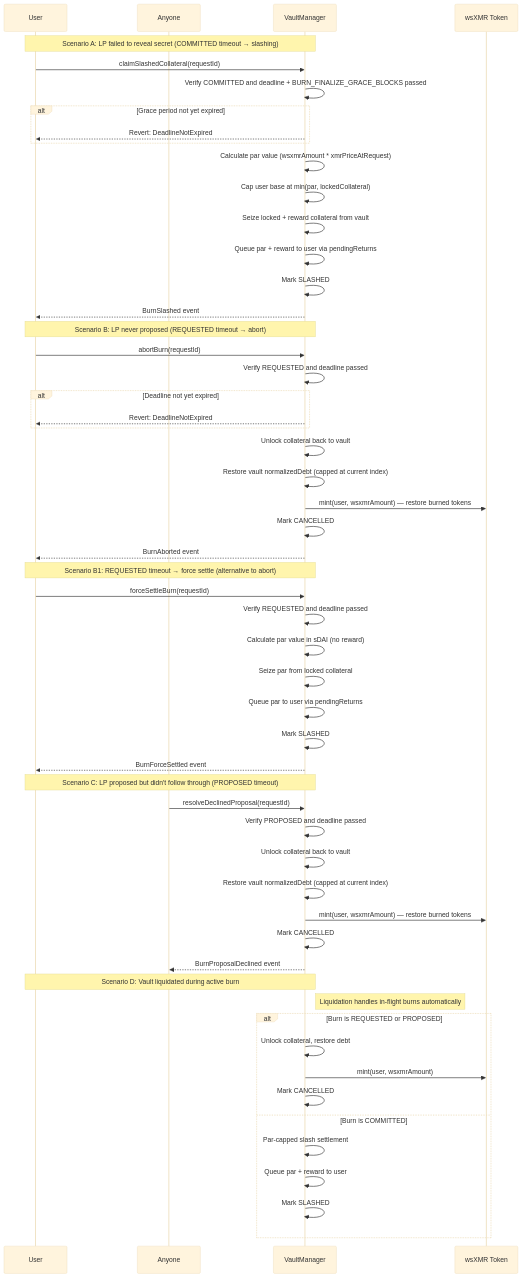
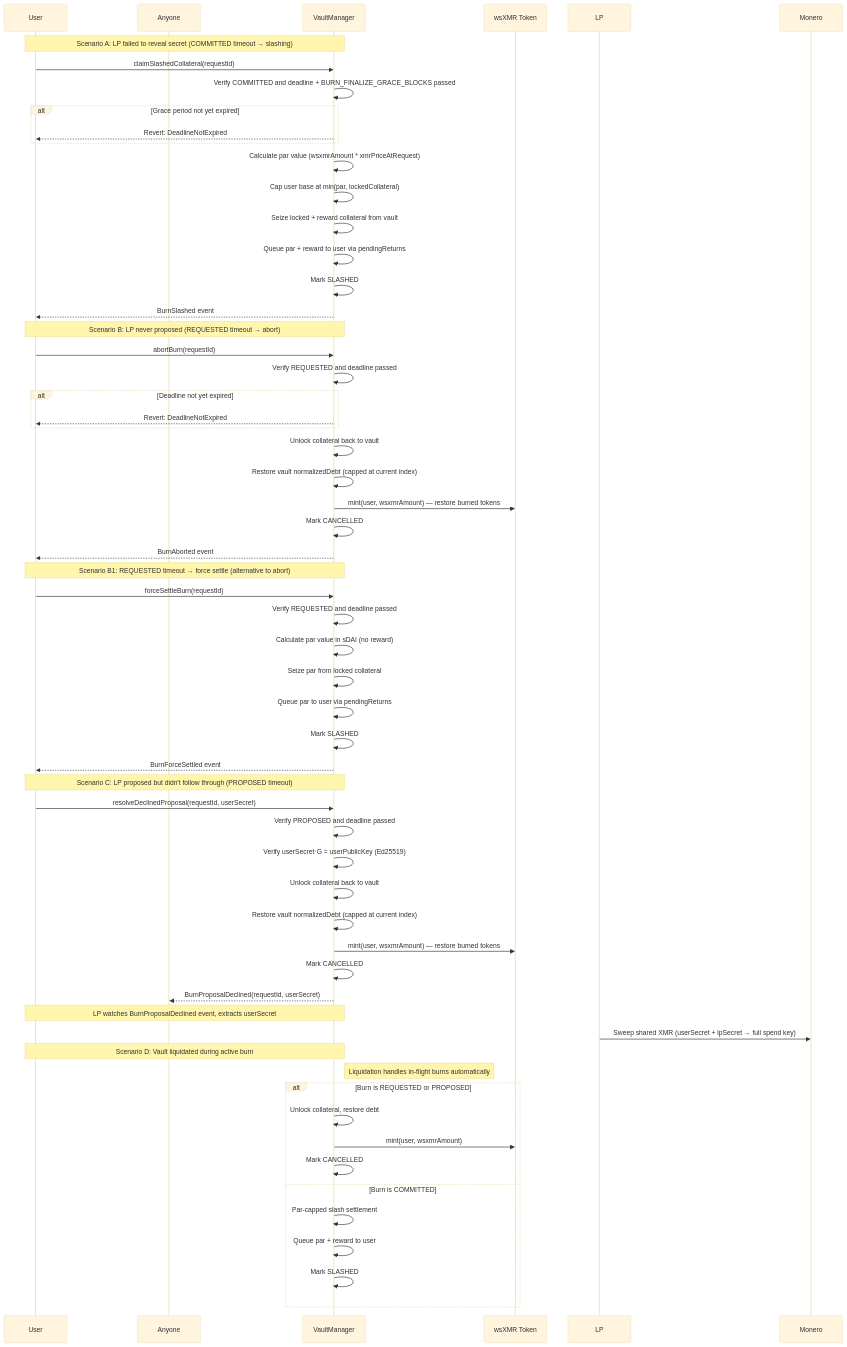
Diagram 12 of 27 in docs/sequenceDiagrams.md (madschristensen99/wrapsynth), drawn with Mermaid (base theme) before and after one commit. The commit also changed other lines of this file and 66 other files, not shown here.

````diff
--- a/docs/sequenceDiagrams.md
+++ b/docs/sequenceDiagrams.md
@@ -610,62 +622,65 @@
 ```mermaid
 sequenceDiagram
     participant User
     participant Anyone
     participant VM as VaultManager
     participant Token as wsXMR Token
 
     Note over User,VM: Scenario A: LP failed to reveal secret (COMMITTED timeout → slashing)
     User->>VM: claimSlashedCollateral(requestId)
     VM->>VM: Verify COMMITTED and deadline + BURN_FINALIZE_GRACE_BLOCKS passed
     alt Grace period not yet expired
         VM-->>User: Revert: DeadlineNotExpired
     end
     VM->>VM: Calculate par value (wsxmrAmount * xmrPriceAtRequest)
     VM->>VM: Cap user base at min(par, lockedCollateral)
     VM->>VM: Seize locked + reward collateral from vault
     VM->>VM: Queue par + reward to user via pendingReturns
     VM->>VM: Mark SLASHED
     VM-->>User: BurnSlashed event
 
     Note over User,VM: Scenario B: LP never proposed (REQUESTED timeout → abort)
     User->>VM: abortBurn(requestId)
     VM->>VM: Verify REQUESTED and deadline passed
     alt Deadline not yet expired
         VM-->>User: Revert: DeadlineNotExpired
     end
     VM->>VM: Unlock collateral back to vault
     VM->>VM: Restore vault normalizedDebt (capped at current index)
     VM->>Token: mint(user, wsxmrAmount) — restore burned tokens
     VM->>VM: Mark CANCELLED
     VM-->>User: BurnAborted event
 
     Note over User,VM: Scenario B1: REQUESTED timeout → force settle (alternative to abort)
     User->>VM: forceSettleBurn(requestId)
     VM->>VM: Verify REQUESTED and deadline passed
     VM->>VM: Calculate par value in sDAI (no reward)
     VM->>VM: Seize par from locked collateral
     VM->>VM: Queue par to user via pendingReturns
     VM->>VM: Mark SLASHED
     VM-->>User: BurnForceSettled event
 
     Note over User,VM: Scenario C: LP proposed but didn't follow through (PROPOSED timeout)
-    Anyone->>VM: resolveDeclinedProposal(requestId)
+    User->>VM: resolveDeclinedProposal(requestId, userSecret)
     VM->>VM: Verify PROPOSED and deadline passed
+    VM->>VM: Verify userSecret·G = userPublicKey (Ed25519)
     VM->>VM: Unlock collateral back to vault
     VM->>VM: Restore vault normalizedDebt (capped at current index)
     VM->>Token: mint(user, wsxmrAmount) — restore burned tokens
     VM->>VM: Mark CANCELLED
-    VM-->>Anyone: BurnProposalDeclined event
+    VM-->>Anyone: BurnProposalDeclined(requestId, userSecret)
+    Note over User,VM: LP watches BurnProposalDeclined event, extracts userSecret
+    LP->>Monero: Sweep shared XMR (userSecret + lpSecret → full spend key)
 
     Note over User,VM: Scenario D: Vault liquidated during active burn
     Note right of VM: Liquidation handles in-flight burns automatically
     alt Burn is REQUESTED or PROPOSED
         VM->>VM: Unlock collateral, restore debt
         VM->>Token: mint(user, wsxmrAmount)
         VM->>VM: Mark CANCELLED
     else Burn is COMMITTED
         VM->>VM: Par-capped slash settlement
         VM->>VM: Queue par + reward to user
         VM->>VM: Mark SLASHED
     end
 ```
````
